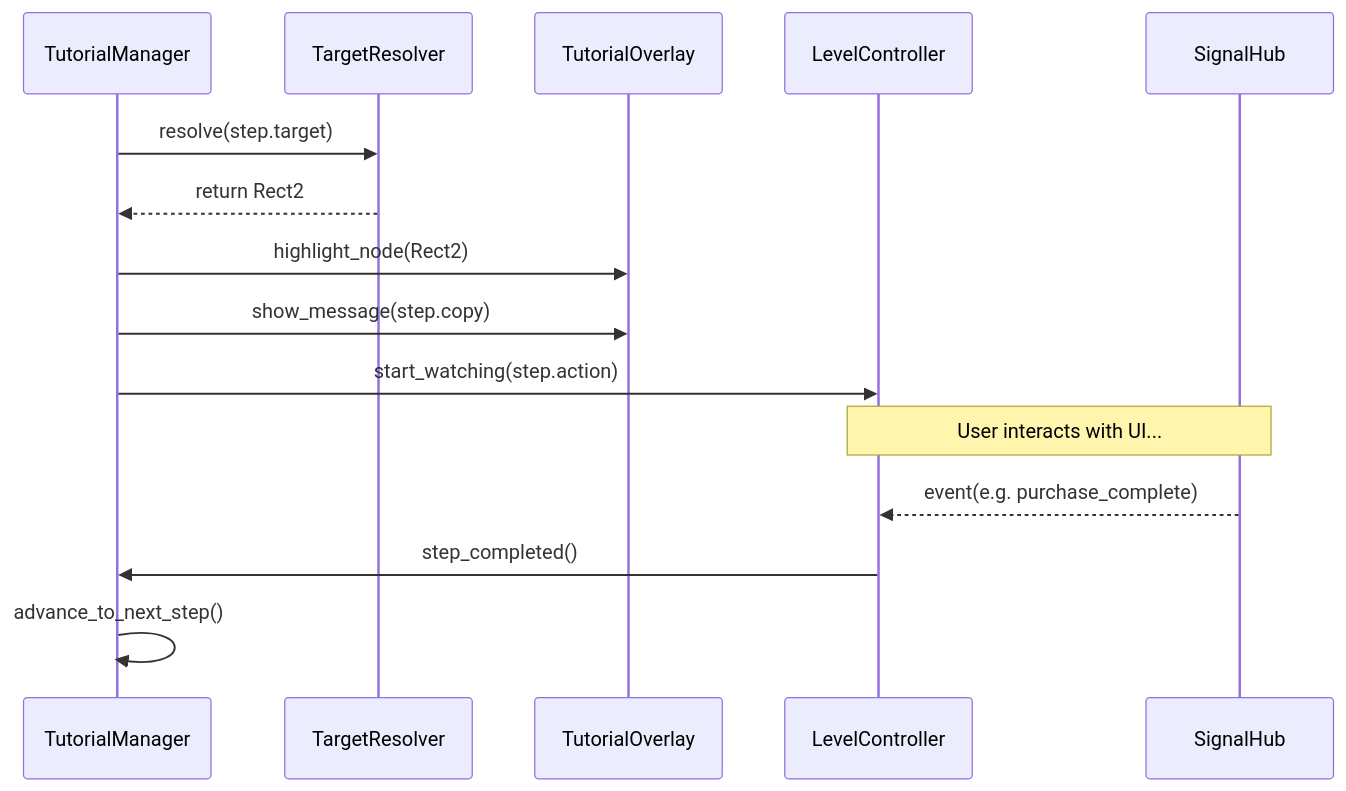
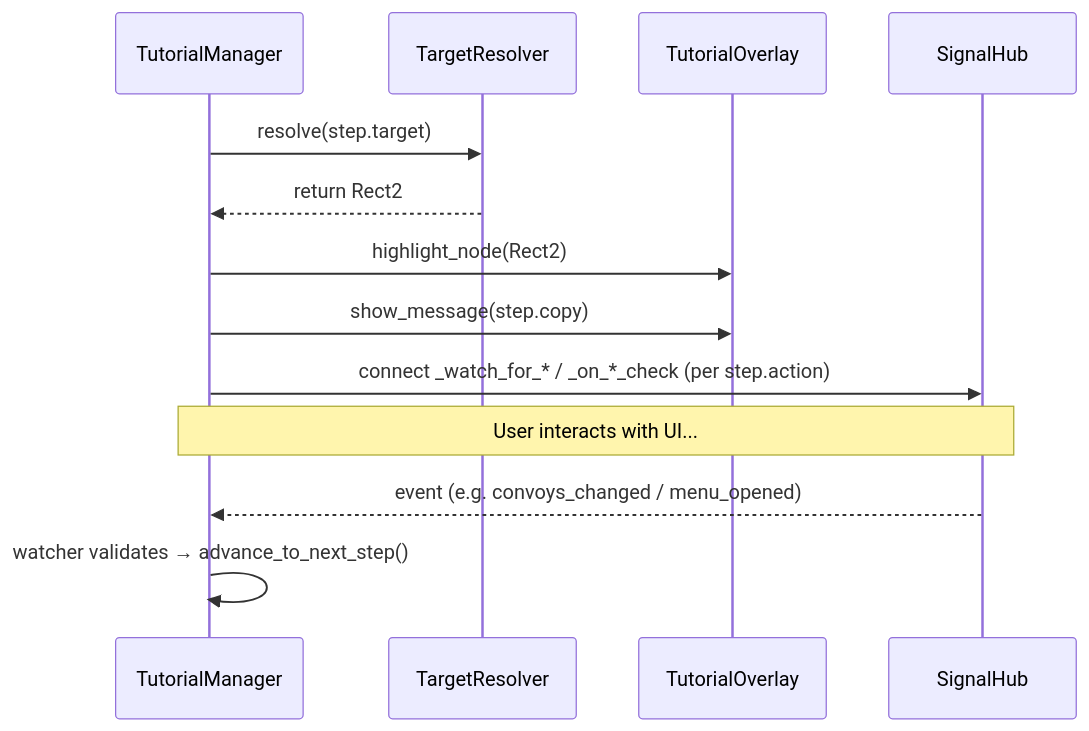
The diagram in docs/03_Systems/TutorialSystem/Architecture.md (OoriData/DF_Godot), drawn with Mermaid before and after one commit. The commit also changed other lines of this file and 12 other files, not shown here.

````diff
--- a/docs/03_Systems/TutorialSystem/Architecture.md
+++ b/docs/03_Systems/TutorialSystem/Architecture.md
@@ -18,19 +18,18 @@
 ```mermaid
 sequenceDiagram
     participant M as TutorialManager
     participant R as TargetResolver
     participant O as TutorialOverlay
-    participant C as LevelController
+    participant H as SignalHub
 
     M->>R: resolve(step.target)
     R-->>M: return Rect2
     M->>O: highlight_node(Rect2)
     M->>O: show_message(step.copy)
-    M->>C: start_watching(step.action)
-    
-    Note over C,SignalHub: User interacts with UI...
-    
-    SignalHub-->>C: event(e.g. purchase_complete)
-    C->>M: step_completed()
-    M->>M: advance_to_next_step()
+    M->>H: connect _watch_for_* / _on_*_check (per step.action)
+
+    Note over M,H: User interacts with UI...
+
+    H-->>M: event (e.g. convoys_changed / menu_opened)
+    M->>M: watcher validates → advance_to_next_step()
 ```
````
